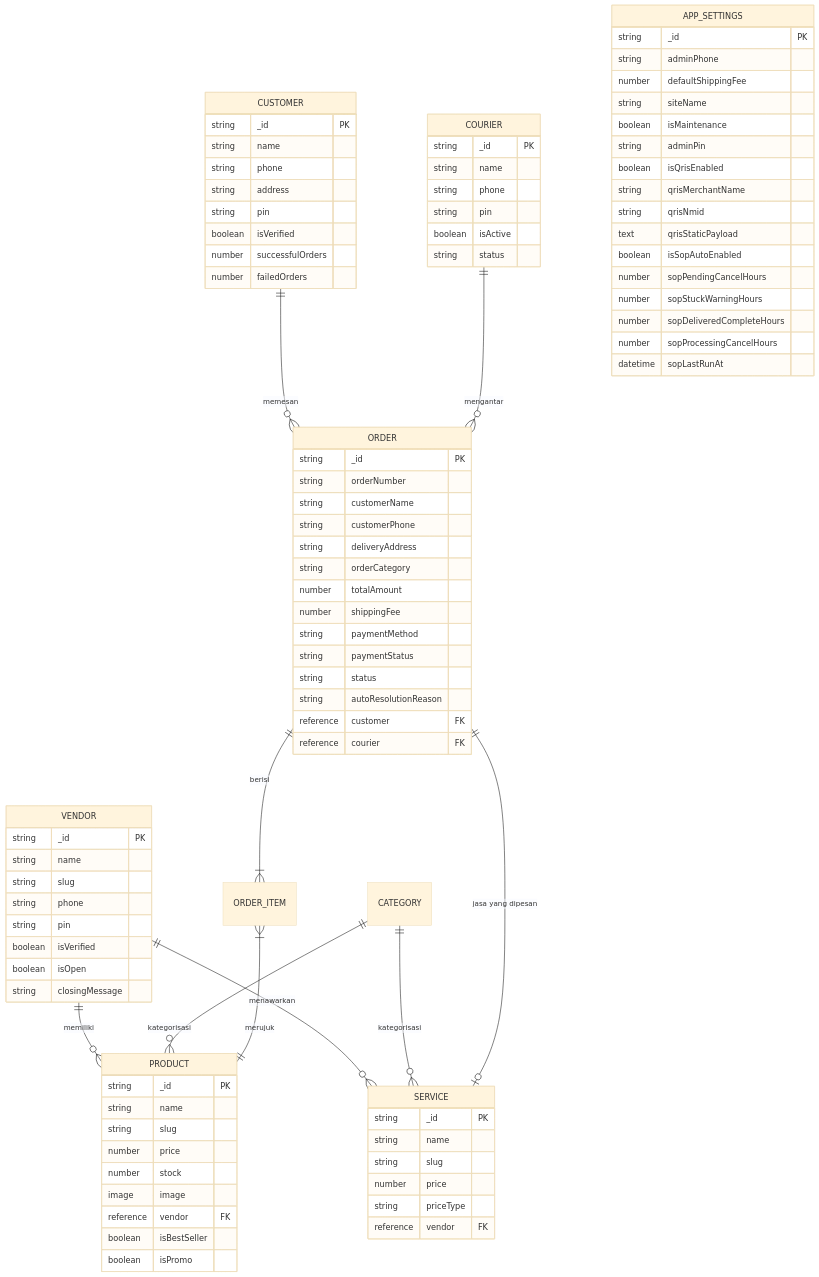
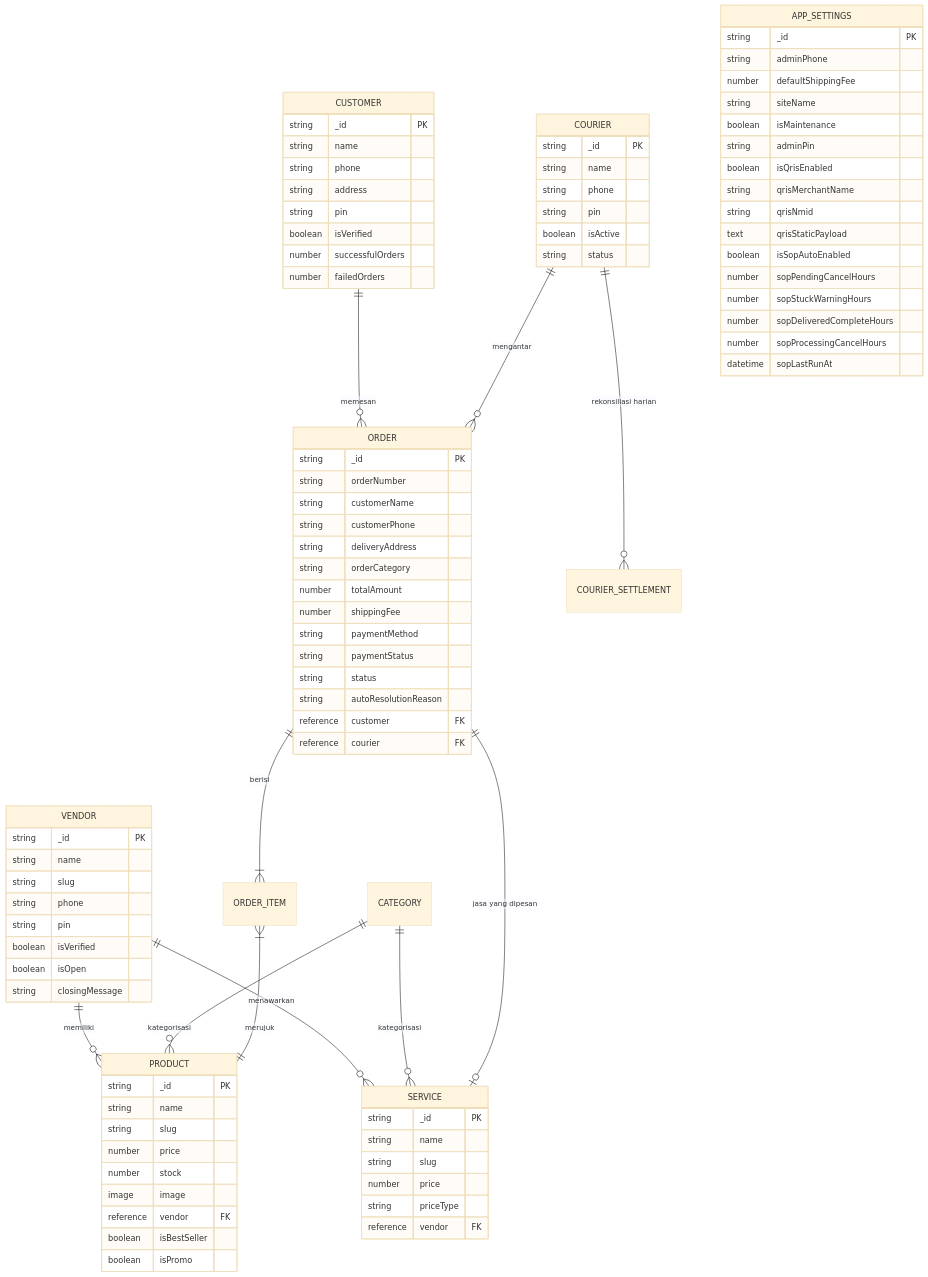
Before and after one commit to Noisesless/pawon-2.0: the diagram in .docs/database.md, drawn with Mermaid (base theme). The commit also changed other lines of this file and 9 other files, not shown here.

Commit message:
docs: sync all 9 .docs files and README for courier finance, 1-link flow, and privacy guard

```diff
--- a/.docs/database.md
+++ b/.docs/database.md
@@ -15,6 +15,7 @@
     CATEGORY ||--o{ SERVICE : "kategorisasi"
     CUSTOMER ||--o{ ORDER : "memesan"
     COURIER ||--o{ ORDER : "mengantar"
+    COURIER ||--o{ COURIER_SETTLEMENT : "rekonsiliasi harian"
     ORDER ||--|{ ORDER_ITEM : "berisi"
     ORDER_ITEM }|--|| PRODUCT : "merujuk"
     ORDER ||--o| SERVICE : "jasa yang dipesan"
```
